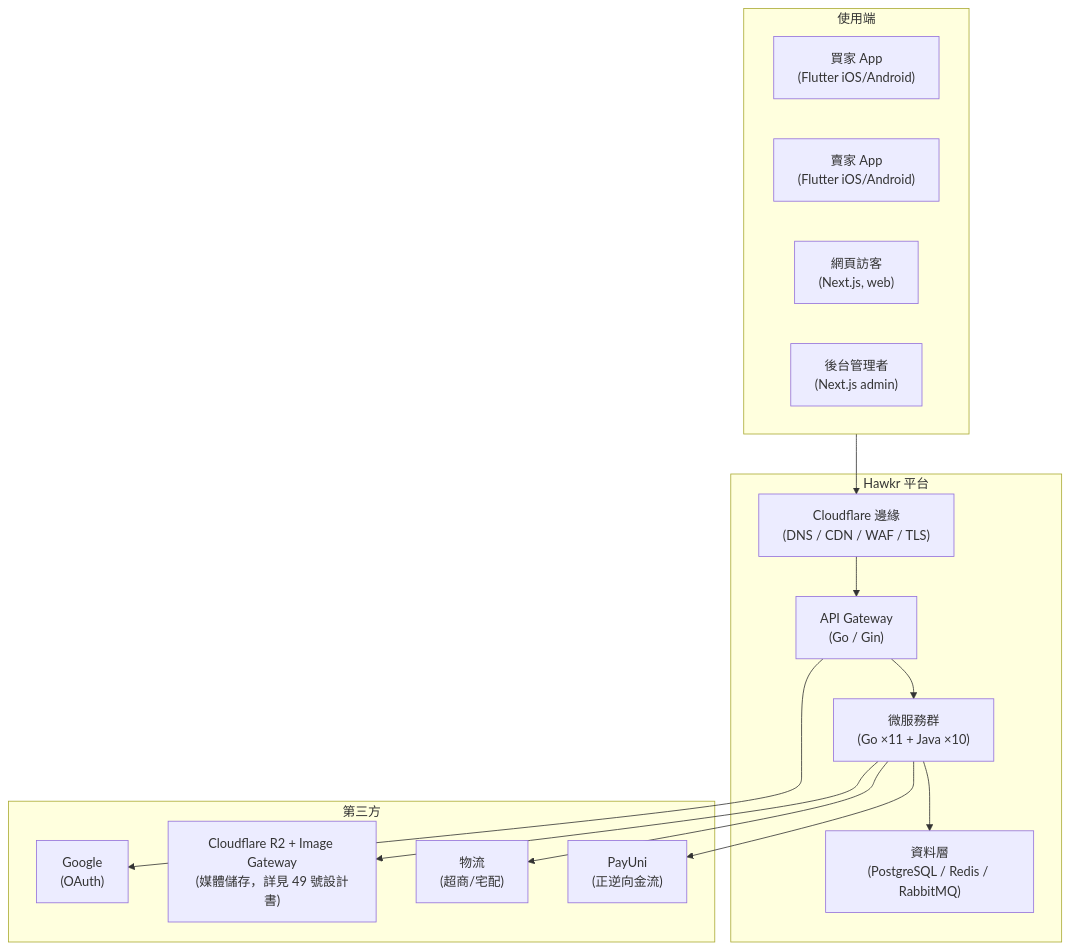
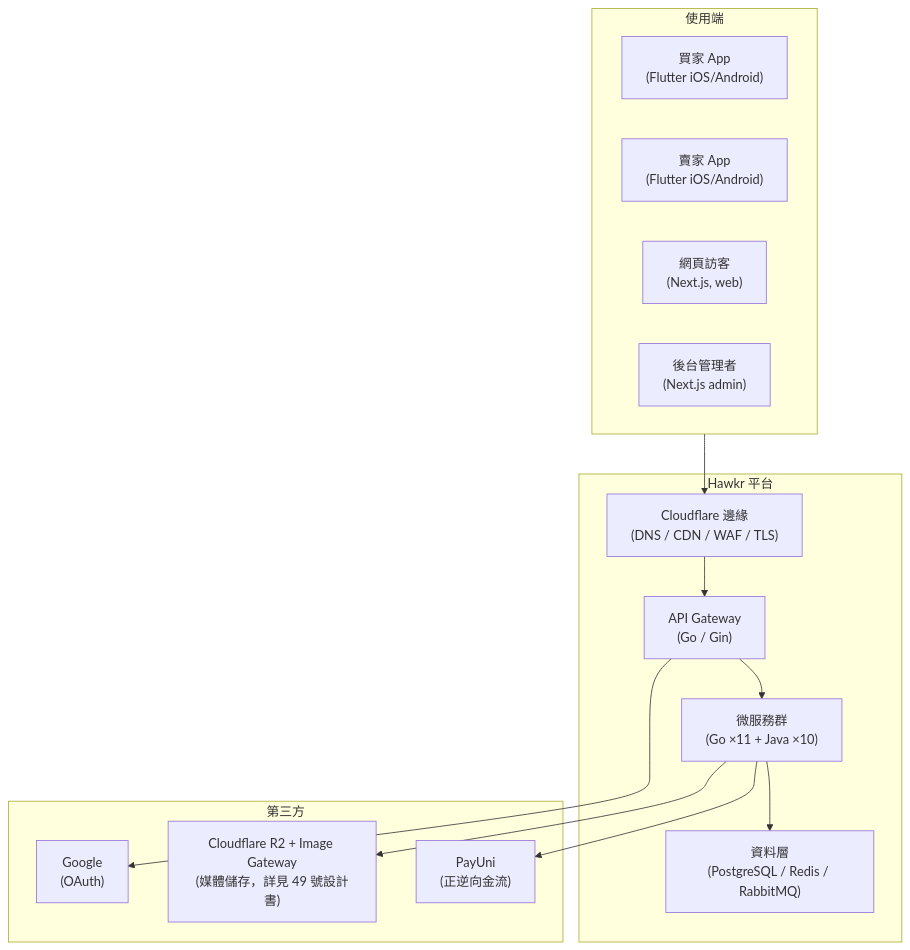
The first of 11 diagrams in backend/docs/基礎建設/系統架構與資料流向.md (Will413028/hawkr), drawn with Mermaid before and after one commit. The commit also changed other lines of this file and 3 other files, not shown here.

````diff
--- a/backend/docs/基礎建設/系統架構與資料流向.md
+++ b/backend/docs/基礎建設/系統架構與資料流向.md
@@ -25,30 +25,28 @@
 ```mermaid
 flowchart TB
     subgraph clients["使用端"]
         buyer["買家 App<br/>(Flutter iOS/Android)"]
         seller["賣家 App<br/>(Flutter iOS/Android)"]
         web["網頁訪客<br/>(Next.js, web)"]
         admin["後台管理者<br/>(Next.js admin)"]
     end
 
     subgraph platform["Hawkr 平台"]
         edge["Cloudflare 邊緣<br/>(DNS / CDN / WAF / TLS)"]
         gw["API Gateway<br/>(Go / Gin)"]
         svc["微服務群<br/>(Go ×11 + Java ×10)"]
         data["資料層<br/>(PostgreSQL / Redis / RabbitMQ)"]
         edge --> gw --> svc --> data
     end
 
     subgraph third["第三方"]
         payuni["PayUni<br/>(正逆向金流)"]
-        logistics["物流<br/>(超商/宅配)"]
         oauth["Google<br/>(OAuth)"]
         r2["Cloudflare R2 + Image Gateway<br/>(媒體儲存，詳見 49 號設計書)"]
     end
 
     clients --> edge
     svc --> payuni
-    svc --> logistics
     gw --> oauth
     svc --> r2
 ```
````
